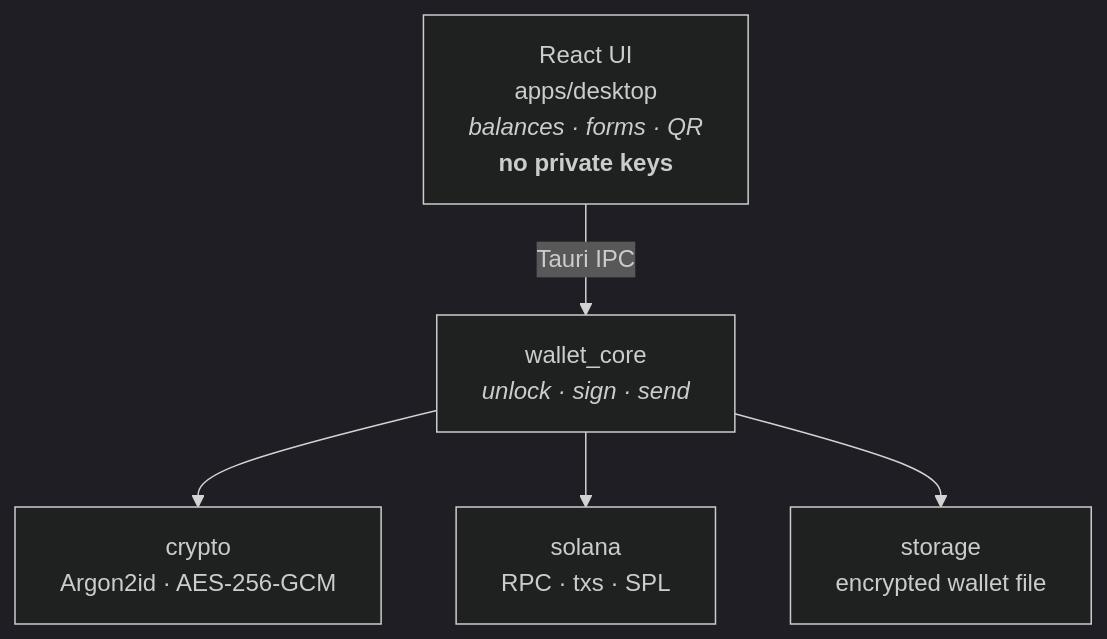
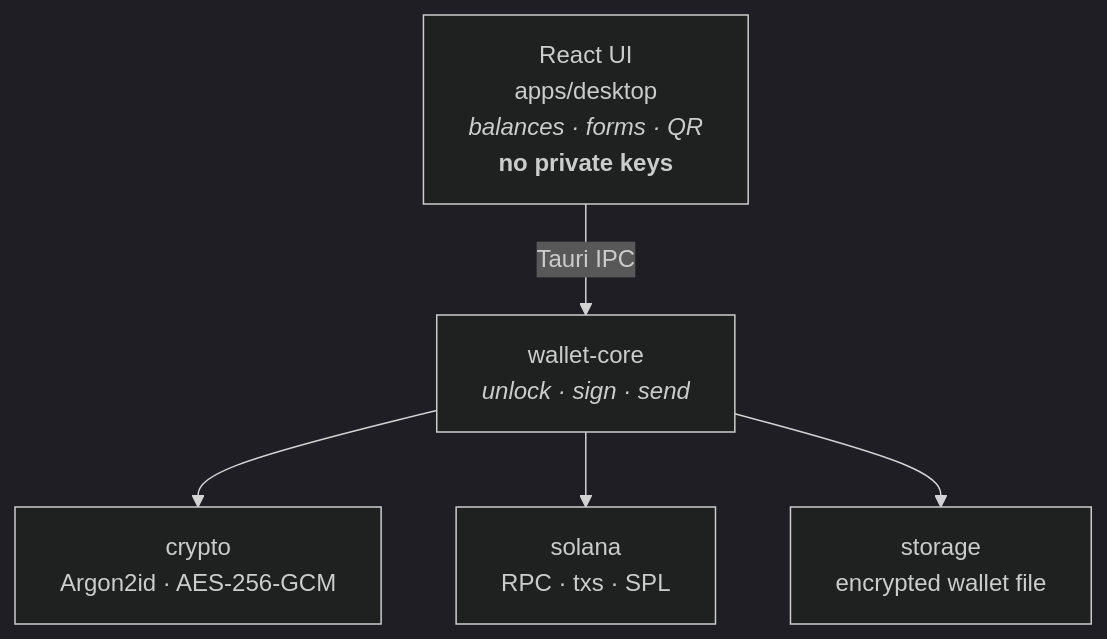
One commit to antonpiat/taurvia changed the first of 2 diagrams in README.md. Above: the diagram before and after it, drawn with Mermaid (dark theme). The commit also changed other lines of this file and 15 other files, not shown here.

````diff
--- a/README.md
+++ b/README.md
@@ -47,13 +47,13 @@
 ```mermaid
 flowchart TB
   UI["React UI<br/>apps/desktop<br/><i>balances · forms · QR</i><br/><b>no private keys</b>"]
-  WC["wallet_core<br/><i>unlock · sign · send</i>"]
+  WC["wallet-core<br/><i>unlock · sign · send</i>"]
   CRYPTO["crypto<br/>Argon2id · AES-256-GCM"]
   SOL["solana<br/>RPC · txs · SPL"]
   STORE["storage<br/>encrypted wallet file"]
 
   UI -->|Tauri IPC| WC
   WC --> CRYPTO
   WC --> SOL
   WC --> STORE
 ```
````
